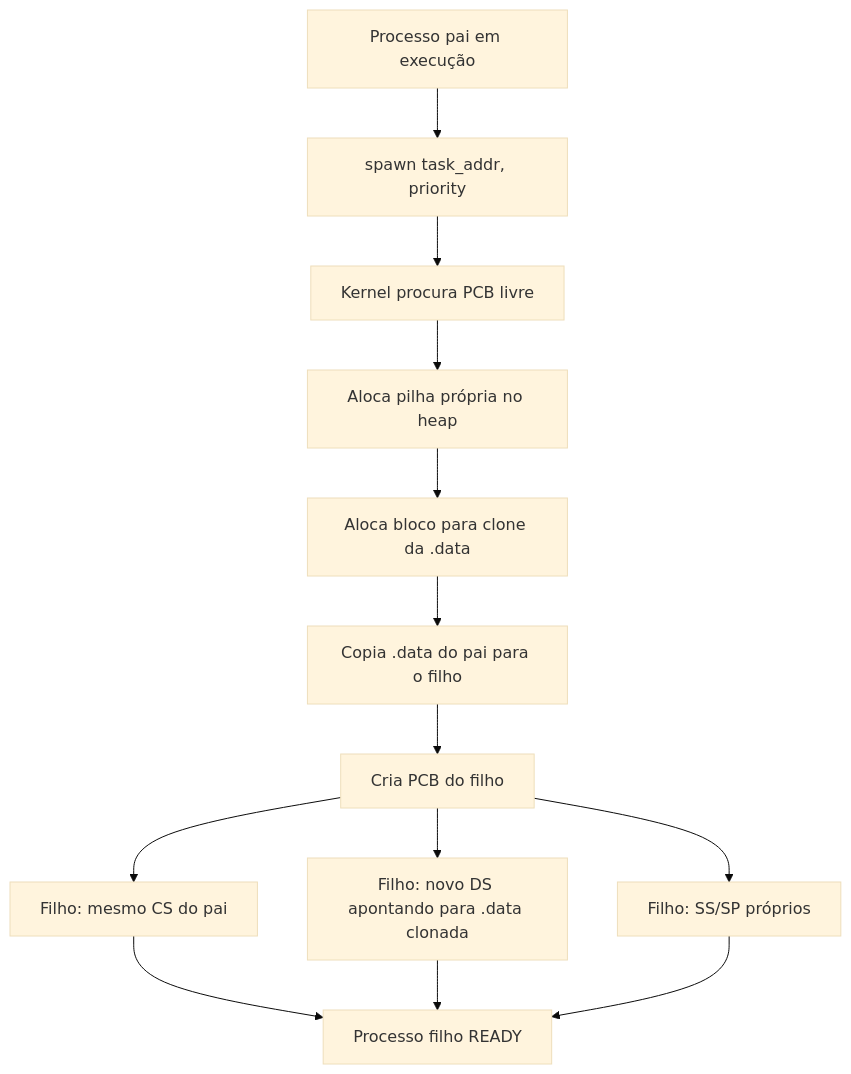
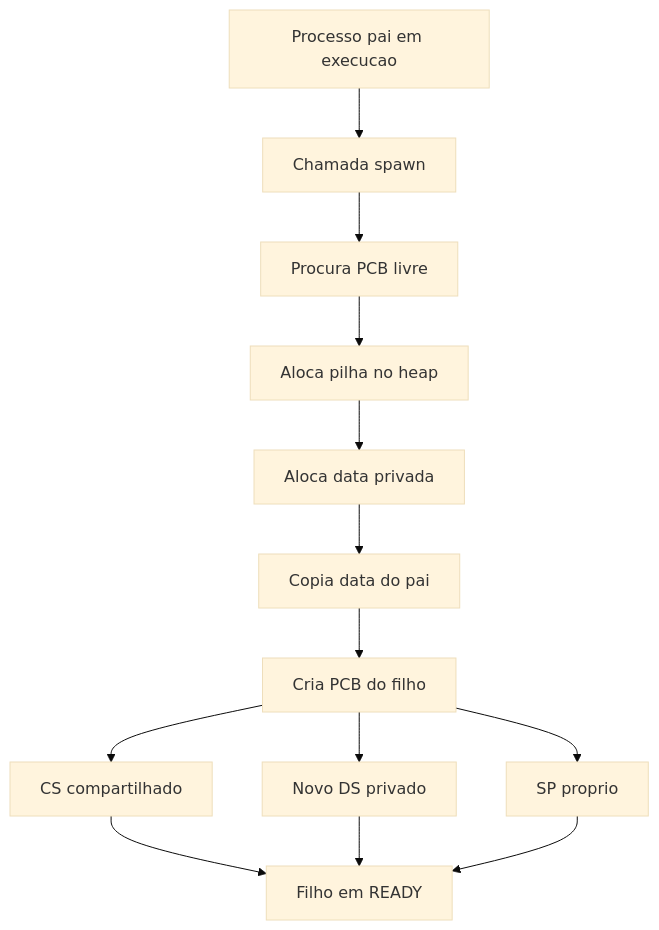
The second of 6 diagrams in README.md (garme/cafe_os), drawn with Mermaid (base theme) before and after one commit. The commit also changed other lines of this file, not shown here.

````diff
--- a/README.md
+++ b/README.md
@@ -254,15 +249,15 @@
 ```mermaid
-flowchart TD
-    A[Processo pai em execução] --> B[spawn task_addr, priority]
-    B --> C[Kernel procura PCB livre]
-    C --> D[Aloca pilha própria no heap]
-    D --> E[Aloca bloco para clone da .data]
-    E --> F[Copia .data do pai para o filho]
-    F --> G[Cria PCB do filho]
-    G --> H[Filho: mesmo CS do pai]
-    G --> I[Filho: novo DS apontando para .data clonada]
-    G --> J[Filho: SS/SP próprios]
-    H --> K[Processo filho READY]
-    I --> K
-    J --> K
+graph TD
+    PAI[Processo pai em execucao] --> SPAWN[Chamada spawn]
+    SPAWN --> PCB[Procura PCB livre]
+    PCB --> STK[Aloca pilha no heap]
+    STK --> DATA[Aloca data privada]
+    DATA --> COPY[Copia data do pai]
+    COPY --> CHILD[Cria PCB do filho]
+    CHILD --> CS[CS compartilhado]
+    CHILD --> DS[Novo DS privado]
+    CHILD --> SP[SP proprio]
+    CS --> READY[Filho em READY]
+    DS --> READY
+    SP --> READY
 ```
````
